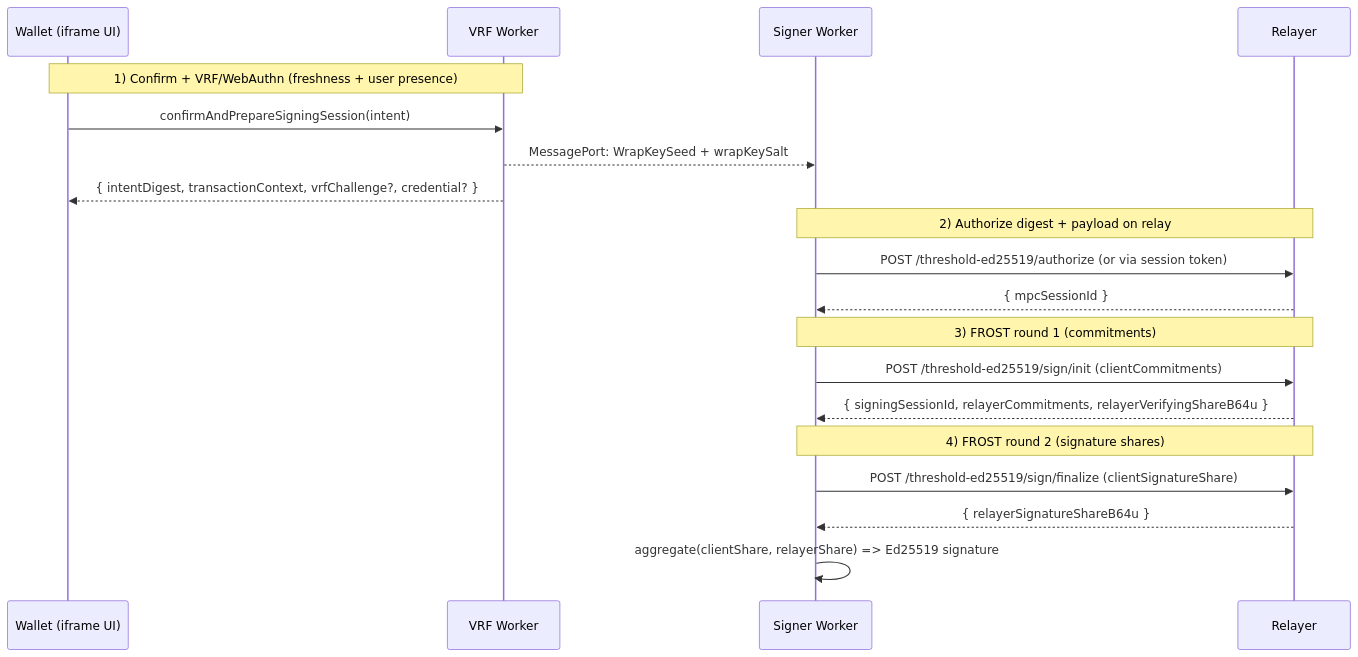
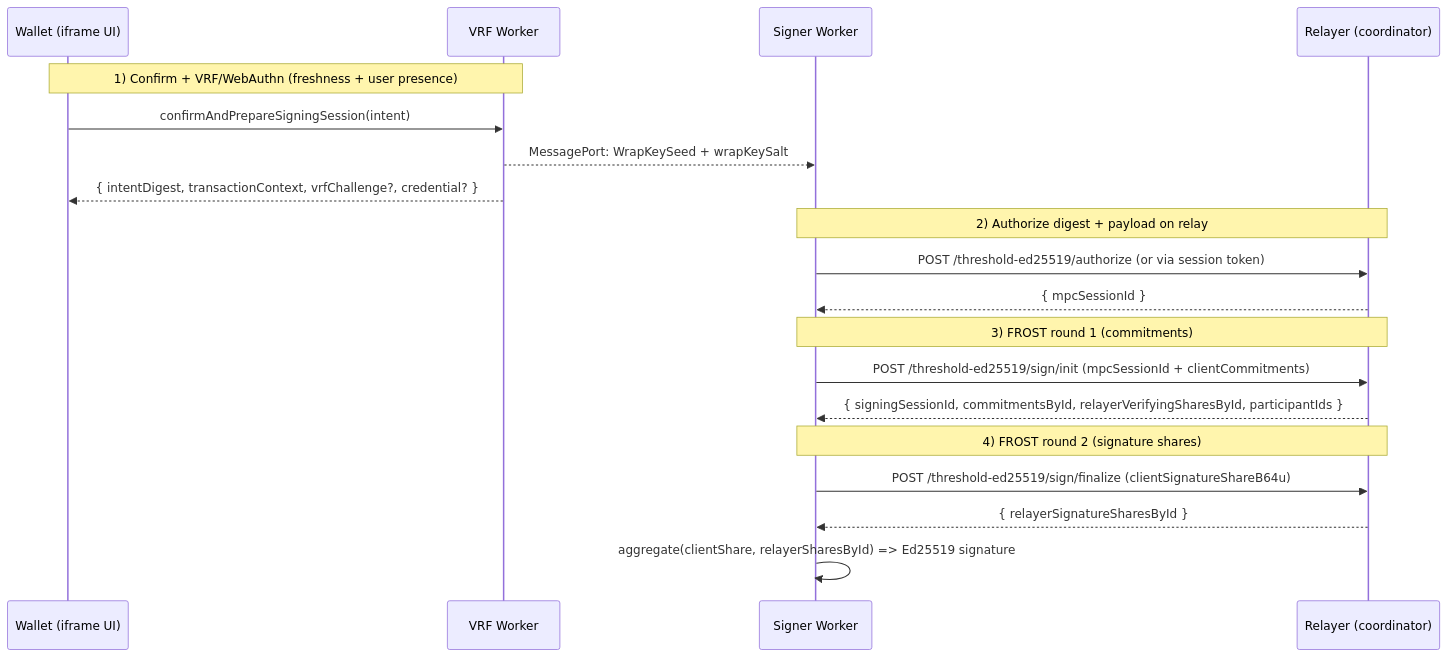
The second of 2 diagrams in examples/tatchi-docs/src/docs/concepts/threshold-signing.md (web3-authn/tatchi), drawn with Mermaid before and after one commit. The commit also changed other lines of this file and 88 other files, not shown here.

First line of the commit message:
refactor(threshold-ed25519): coordinator signing + participant model

````diff
--- a/examples/tatchi-docs/src/docs/concepts/threshold-signing.md
+++ b/examples/tatchi-docs/src/docs/concepts/threshold-signing.md
@@ -75,25 +75,25 @@
 ```mermaid
 sequenceDiagram
   participant App as Wallet (iframe UI)
   participant VRF as VRF Worker
   participant Signer as Signer Worker
-  participant Relay as Relayer
+  participant Relay as Relayer (coordinator)
 
   Note over App,VRF: 1) Confirm + VRF/WebAuthn (freshness + user presence)
   App->>VRF: confirmAndPrepareSigningSession(intent)
   VRF-->>Signer: MessagePort: WrapKeySeed + wrapKeySalt
   VRF-->>App: { intentDigest, transactionContext, vrfChallenge?, credential? }
 
   Note over Signer,Relay: 2) Authorize digest + payload on relay
   Signer->>Relay: POST /threshold-ed25519/authorize (or via session token)
   Relay-->>Signer: { mpcSessionId }
 
   Note over Signer,Relay: 3) FROST round 1 (commitments)
-  Signer->>Relay: POST /threshold-ed25519/sign/init (clientCommitments)
-  Relay-->>Signer: { signingSessionId, relayerCommitments, relayerVerifyingShareB64u }
+  Signer->>Relay: POST /threshold-ed25519/sign/init (mpcSessionId + clientCommitments)
+  Relay-->>Signer: { signingSessionId, commitmentsById, relayerVerifyingSharesById, participantIds }
 
   Note over Signer,Relay: 4) FROST round 2 (signature shares)
-  Signer->>Relay: POST /threshold-ed25519/sign/finalize (clientSignatureShare)
-  Relay-->>Signer: { relayerSignatureShareB64u }
-  Signer->>Signer: aggregate(clientShare, relayerShare) => Ed25519 signature
+  Signer->>Relay: POST /threshold-ed25519/sign/finalize (clientSignatureShareB64u)
+  Relay-->>Signer: { relayerSignatureSharesById }
+  Signer->>Signer: aggregate(clientShare, relayerSharesById) => Ed25519 signature
 ```
````
